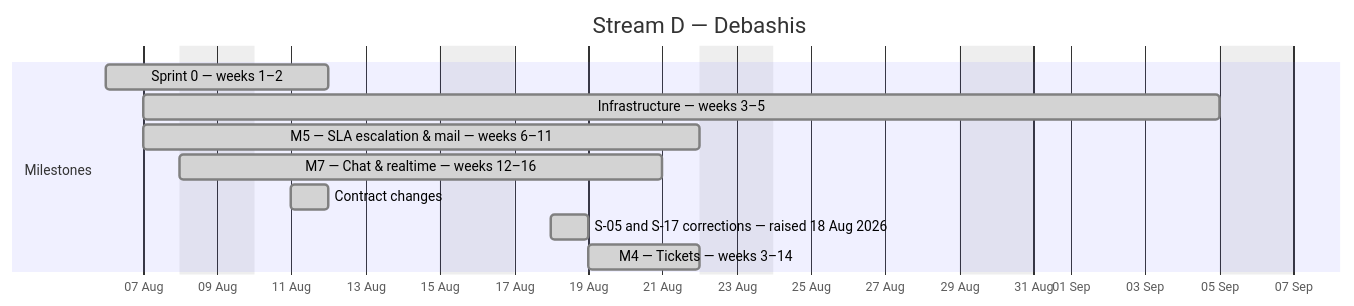
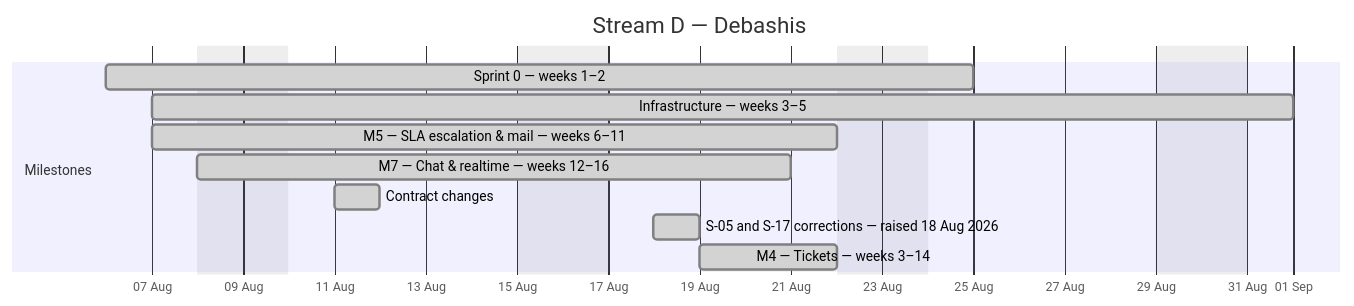
Before and after one commit to debashisedunext/EduTrack: the fourth of 4 diagrams in docs/plan/GANTT.md, drawn with Mermaid. The commit also changed other lines of this file and 2 other files, not shown here.

````diff
--- a/docs/plan/GANTT.md
+++ b/docs/plan/GANTT.md
@@ -128,15 +118,15 @@
 ```mermaid
 gantt
     dateFormat YYYY-MM-DD
     axisFormat %d %b
     title Stream D — Debashis
     excludes weekends
     section Milestones
-    Sprint 0 — weeks 1–2 :done, d0, 2026-08-06, 4d
-    Infrastructure — weeks 3–5 :done, d1, 2026-08-07, 21d
+    Sprint 0 — weeks 1–2 :done, d0, 2026-08-06, 13d
+    Infrastructure — weeks 3–5 :done, d1, 2026-08-07, 17d
     M5 — SLA  escalation & mail — weeks 6–11 :done, d2, 2026-08-07, 11d
     M7 — Chat & realtime — weeks 12–16 :done, d3, 2026-08-08, 10d
     Contract changes :done, d4, 2026-08-11, 1d
     S-05 and S-17 corrections — raised 18 Aug 2026 :done, d5, 2026-08-18, 1d
     M4 — Tickets — weeks 3–14 :done, d6, 2026-08-19, 3d
 ```
````
